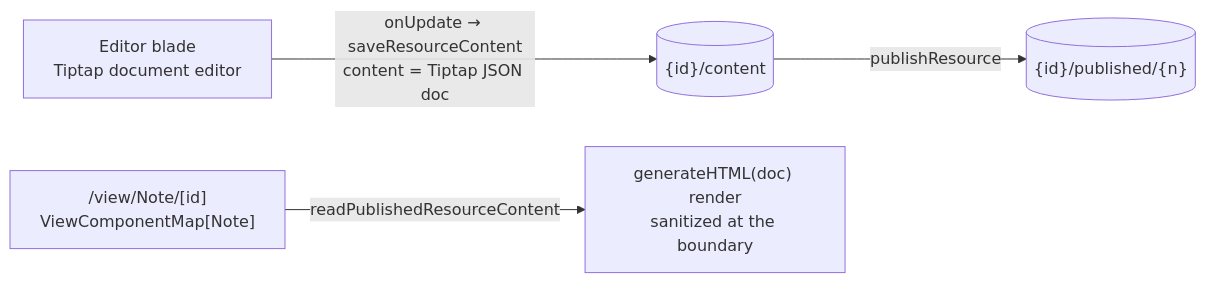
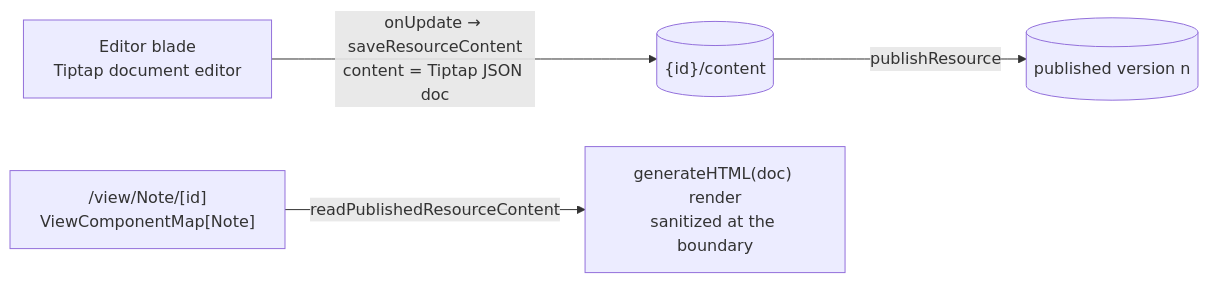
The diagram in apps/web/content/docs/resource/note-resource.md (Esposter/Esposter), drawn with Mermaid before and after one commit. The commit also changed other lines of this file and 73 other files, not shown here.

````diff
--- a/apps/web/content/docs/resource/note-resource.md
+++ b/apps/web/content/docs/resource/note-resource.md
@@ -12,6 +12,6 @@
 ```mermaid
 flowchart LR
   ED["Editor blade<br/>Tiptap document editor"] -->|"onUpdate → saveResourceContent<br/>content = Tiptap JSON doc"| BLOB[("{id}/content")]
-  BLOB -->|publishResource| SNAP[("{id}/published/{n}")]
+  BLOB -->|publishResource| SNAP[("published version n")]
   VIEW["/view/Note/[id]<br/>ViewComponentMap[Note]"] -->|readPublishedResourceContent| HTML["generateHTML(doc) render<br/>sanitized at the boundary"]
 ```
````
